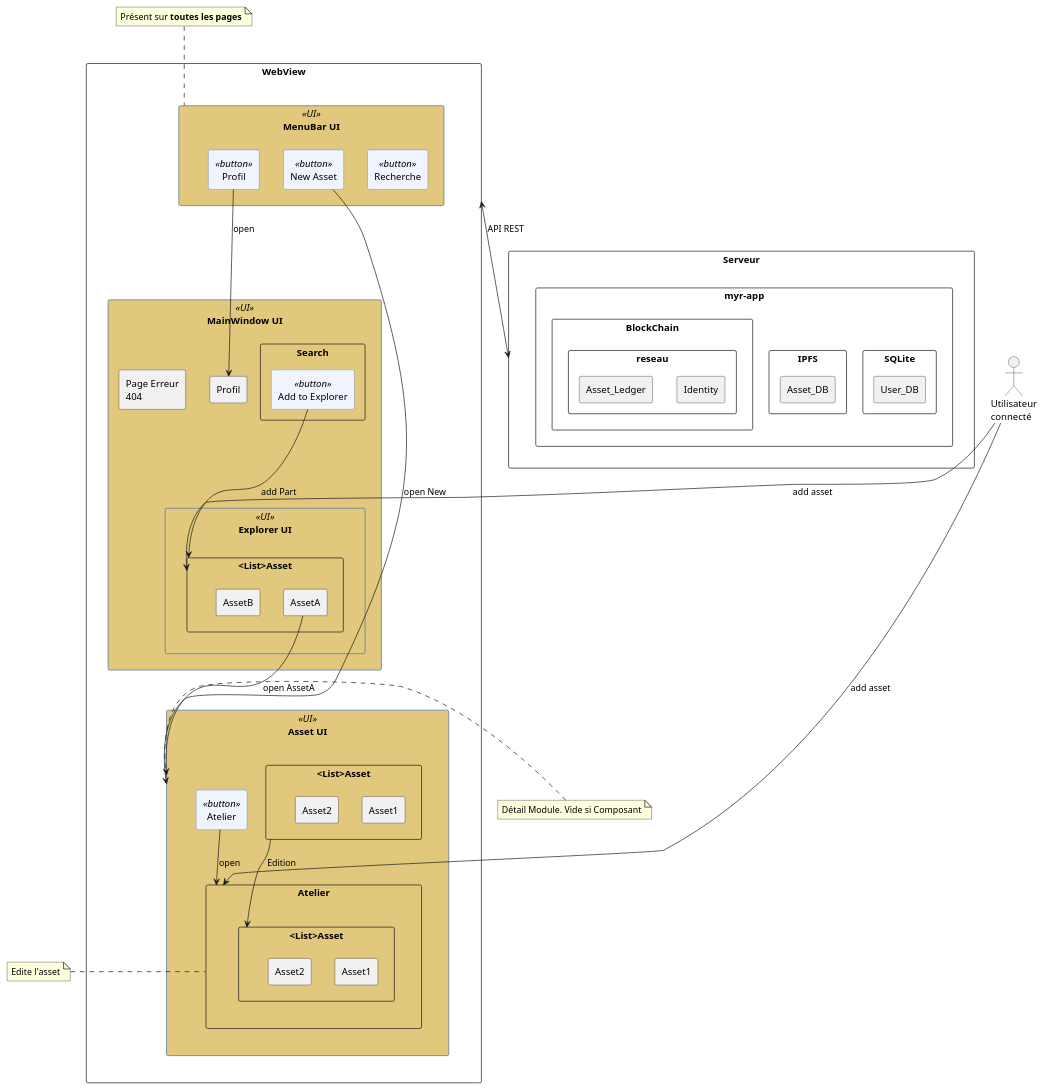
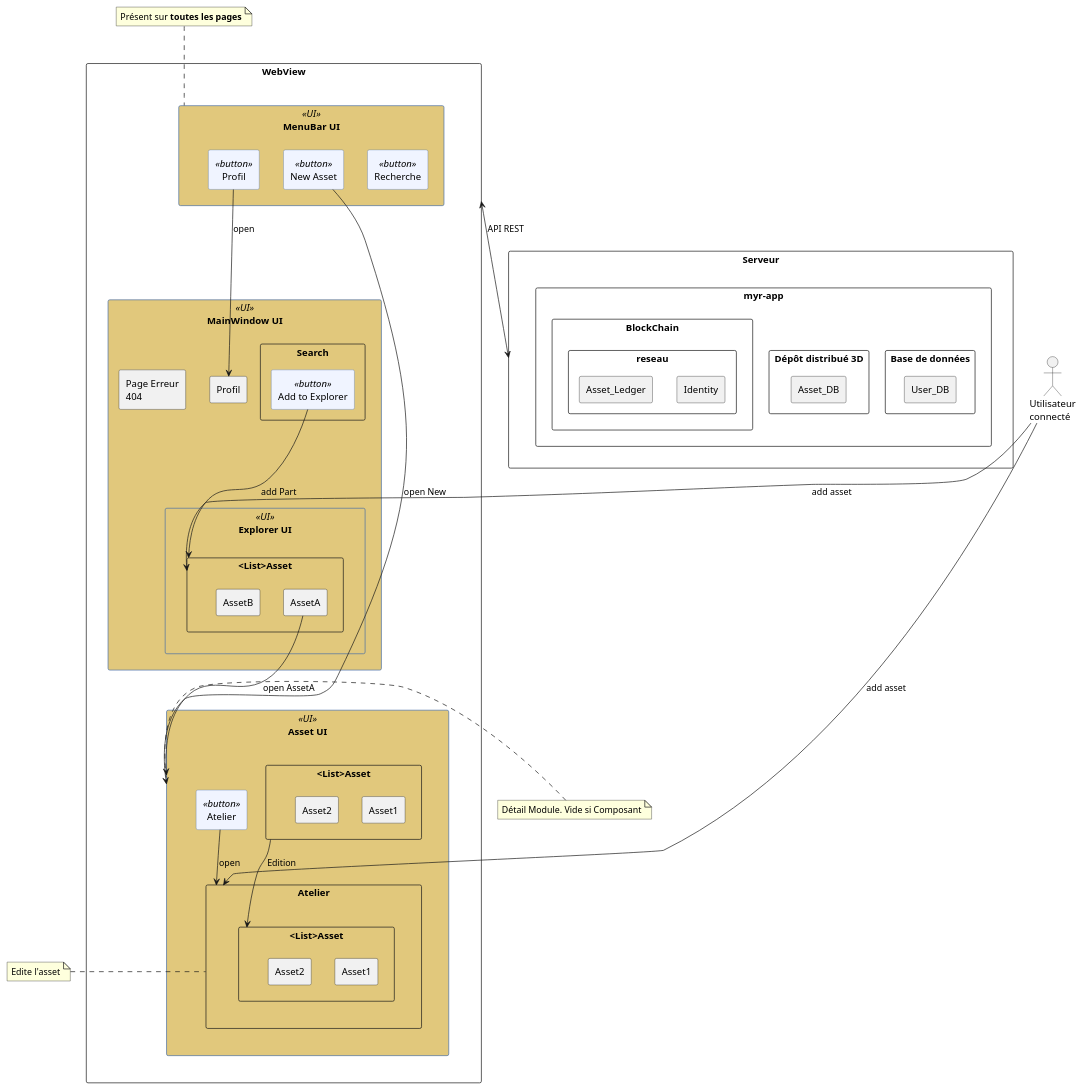
One commit to olivaux/myr changed the sixth of 6 diagrams in specs/1-Expression/Expression_des_besoins_Intro.md. Above: the diagram before and after it, drawn with PlantUML. The commit also changed other lines of this file and 3 other files, not shown here.

```diff
--- a/specs/1-Expression/Expression_des_besoins_Intro.md
+++ b/specs/1-Expression/Expression_des_besoins_Intro.md
@@ -487,10 +512,10 @@
 rectangle "Serveur" as Server {
     rectangle "myr-app" {
 
-        rectangle "SQLite" as SQL {
+        rectangle "Base de données" as SQL {
             rectangle "User_DB"
         }
-        rectangle "IPFS" as IPFS  {
+        rectangle "Dépôt distribué 3D" as IPFS  {
             rectangle "Asset_DB"
         }
         rectangle "BlockChain" as BC {
```
